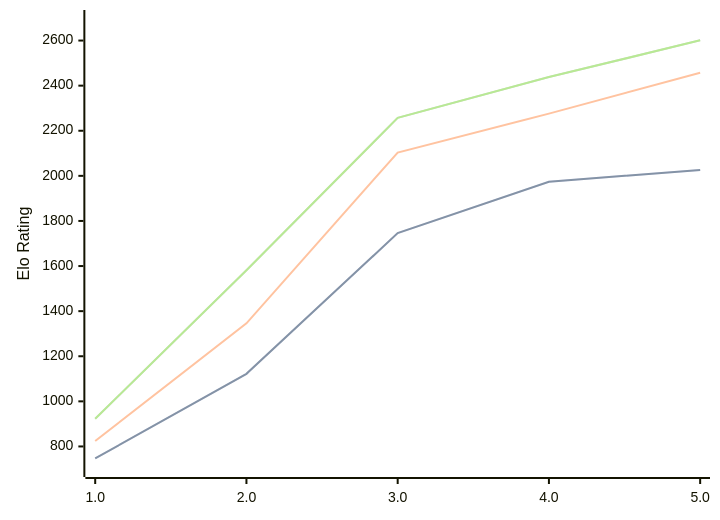
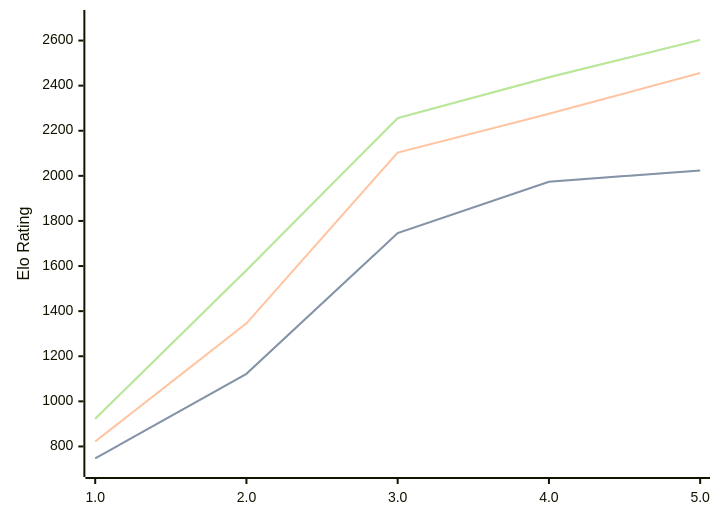
Before and after one commit to computer-chess-index/cci: the diagram in engines/Pea.md, drawn with Mermaid. The commit also changed other lines of this file, not shown here.

Commit message:
Update CCI Ratings (ELO VLTC) - 2026-04-20

````diff
--- a/engines/Pea.md
+++ b/engines/Pea.md
@@ -35,11 +35,11 @@
 ```mermaid
 %%{init: {"theme":"base","themeVariables":{"seriesColors:['#a3a3a3','#222221','#faa371']}}}%%
 xychart-beta
   x-axis ["1.0", "2.0", "3.0", "4.0", "5.0"]
   y-axis "Elo Rating" 700 --> 2700
-  line "STC (8.0+0.08s)" [747, 1122, 1746, 1974, 2026]
-  line "STC (8.0+0.08s)" [747, 1122, 1746, 1974, 2026]
-  line "LTC (60.0+0.60s)" [824, 1346, 2103, 2276, 2457]
-  line "VLTC (2m24s+1.12s)" [923, 1581, 2257, 2438, 2601]
-  line "VLTC (2m24s+1.12s)" [923, 1581, 2257, 2438, 2601]
+  line "STC (8.0+0.08s)" [747, 1122, 1746, 1974, 2024]
+  line "STC (8.0+0.08s)" [747, 1122, 1746, 1974, 2024]
+  line "LTC (60.0+0.60s)" [822, 1346, 2103, 2275, 2456]
+  line "VLTC (2m24s+1.12s)" [923, 1581, 2256, 2437, 2603]
+  line "VLTC (2m24s+1.12s)" [923, 1581, 2256, 2437, 2603]
 ```
````
